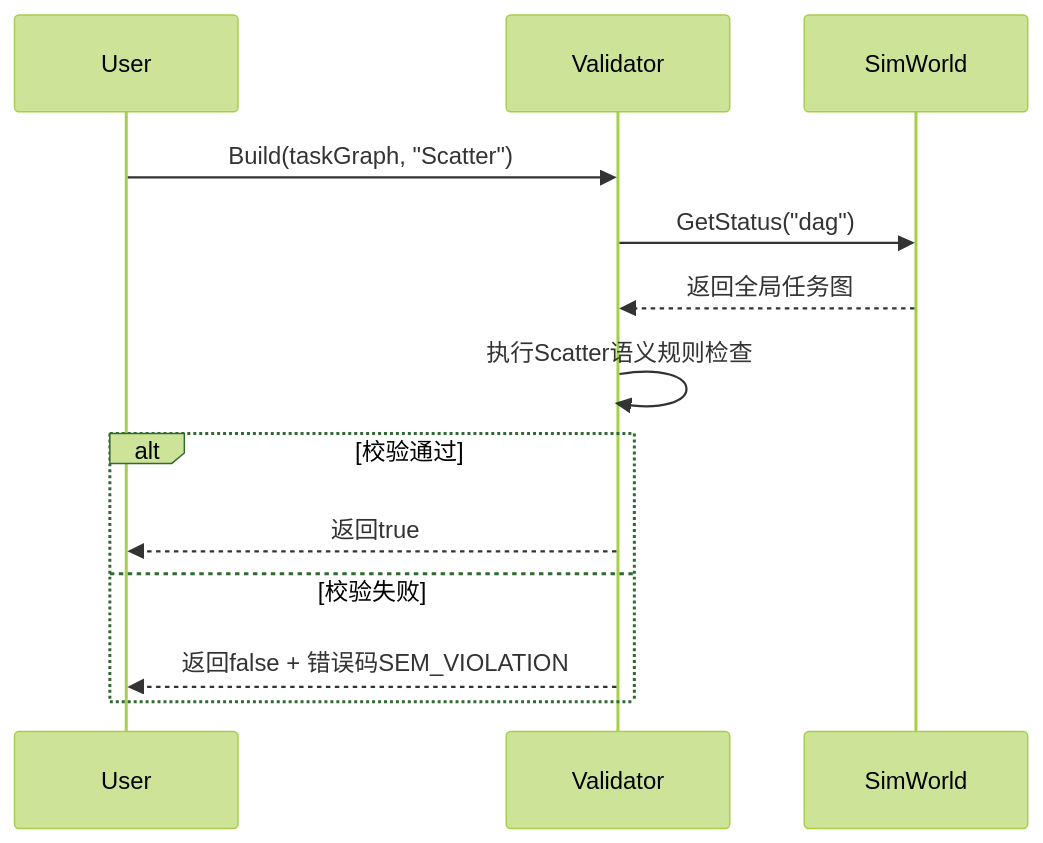
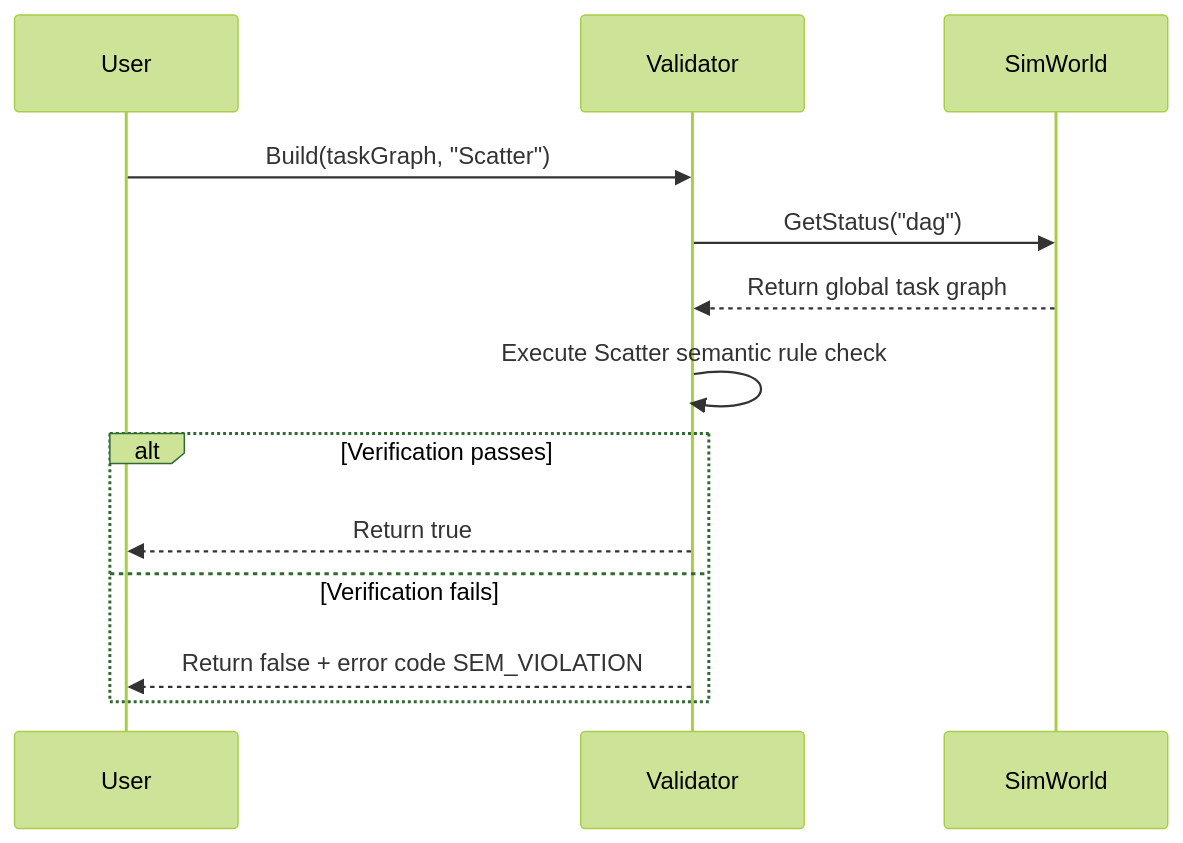
Before and after one commit to Atlas-Ascend-Fork/hcomm: the fourth of 5 diagrams in test/hccl_vm/docs/hccl_simulator_en.md, drawn with Mermaid (forest theme). The commit also changed other lines of this file and 73 other files, not shown here.

````diff
--- a/test/hccl_vm/docs/hccl_simulator_en.md
+++ b/test/hccl_vm/docs/hccl_simulator_en.md
@@ -359,16 +359,16 @@
 ```mermaid
 sequenceDiagram
     participant User
     participant Validator
     participant SimWorld
 
     User->>Validator: Build(taskGraph, "Scatter")
     Validator->>SimWorld: GetStatus("dag")
-    SimWorld-->>Validator: 返回全局任务图
-    Validator->>Validator: 执行Scatter语义规则检查
-    alt 校验通过
-        Validator-->>User: 返回true
-    else 校验失败
-        Validator-->>User: 返回false + 错误码SEM_VIOLATION
+    SimWorld-->>Validator: Return global task graph
+    Validator->>Validator: Execute Scatter semantic rule check
+    alt Verification passes
+        Validator-->>User: Return true
+    else Verification fails
+        Validator-->>User: Return false + error code SEM_VIOLATION
     end
 ```
````
